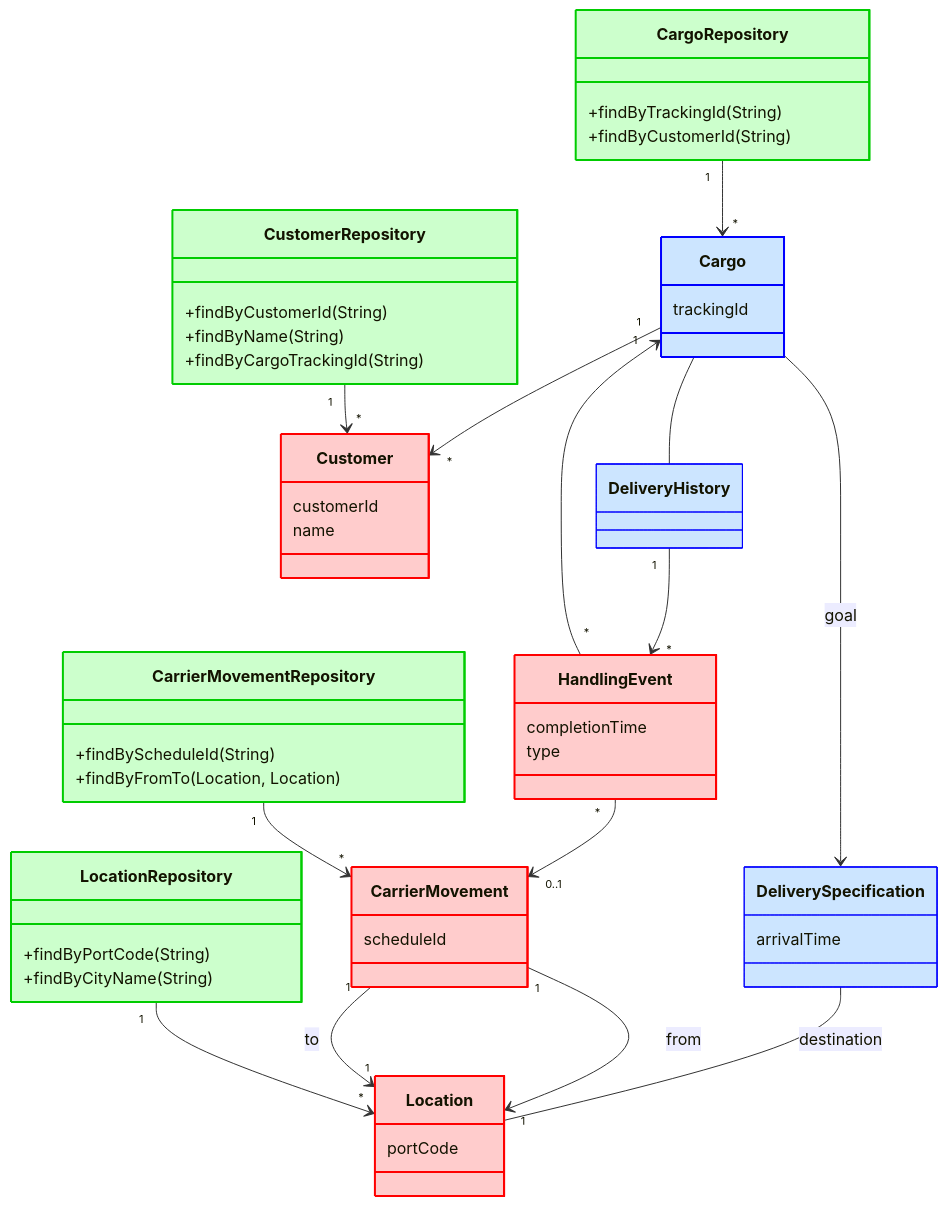
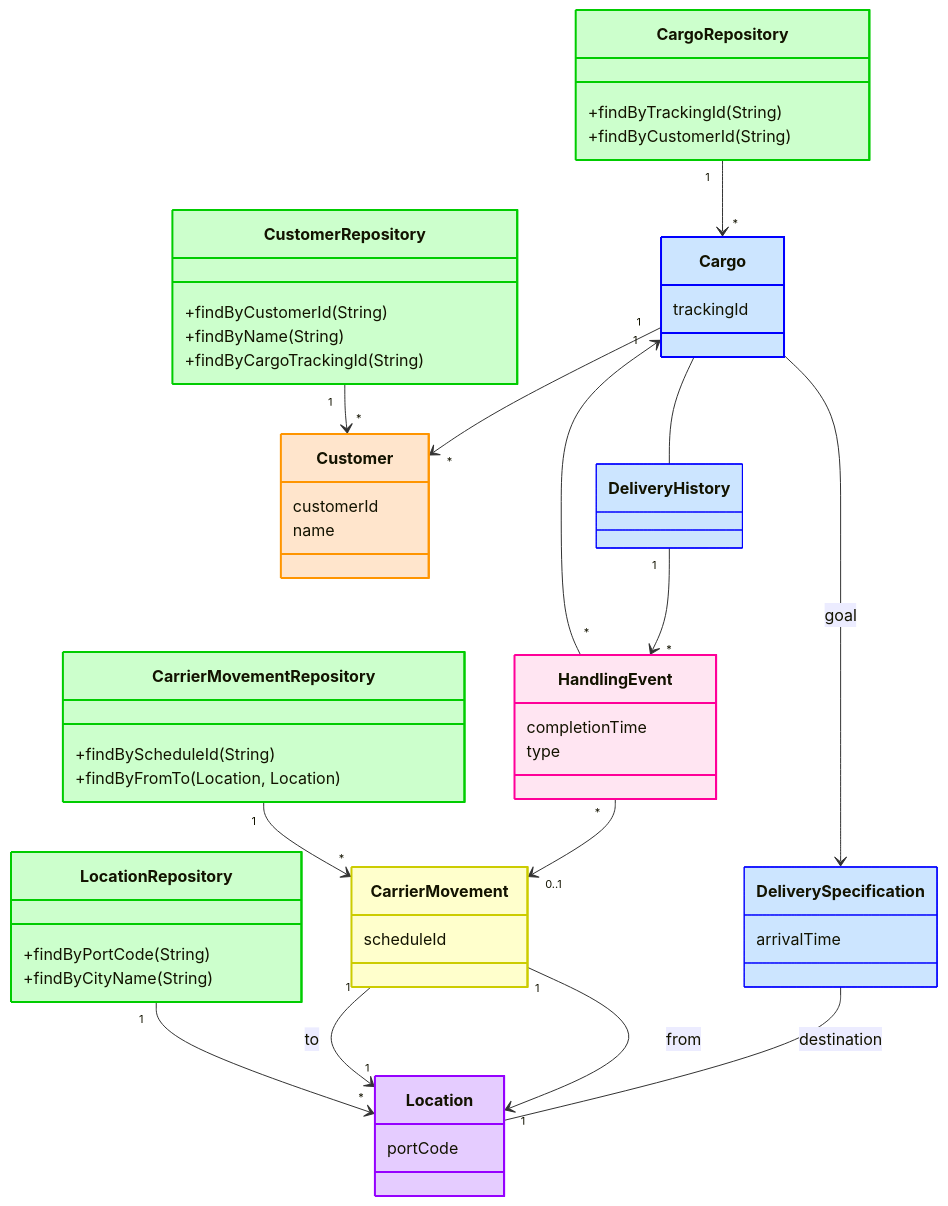
The diagram in docs/architecture/01-design.md (peterramaldes/cs), drawn with Mermaid before and after one commit.

Commit message:
docs: use unique color for each aggregate in diagram

```diff
--- a/docs/architecture/01-design.md
+++ b/docs/architecture/01-design.md
@@ -59,17 +59,17 @@
     style DeliveryHistory fill:#cce5ff,stroke:#0000ff,stroke-width:1px
     style DeliverySpecification fill:#cce5ff,stroke:#0000ff,stroke-width:1px
 
-    %% Customer Aggregate (red)
-    style Customer fill:#ffcccc,stroke:#ff0000,stroke-width:2px
+    %% Customer Aggregate (orange)
+    style Customer fill:#ffe5cc,stroke:#ff9500,stroke-width:2px
 
-    %% Location Aggregate (red)
-    style Location fill:#ffcccc,stroke:#ff0000,stroke-width:2px
+    %% Location Aggregate (purple)
+    style Location fill:#e5ccff,stroke:#9500ff,stroke-width:2px
 
-    %% Carrier Movement Aggregate (red)
-    style CarrierMovement fill:#ffcccc,stroke:#ff0000,stroke-width:2px
+    %% Carrier Movement Aggregate (yellow)
+    style CarrierMovement fill:#ffffcc,stroke:#cccc00,stroke-width:2px
 
-    %% Handling Event Aggregate (red)
-    style HandlingEvent fill:#ffcccc,stroke:#ff0000,stroke-width:2px
+    %% Handling Event Aggregate (pink)
+    style HandlingEvent fill:#ffe5f2,stroke:#ff0099,stroke-width:2px
 
     %% Repositories (green)
     style CustomerRepository fill:#ccffcc,stroke:#00cc00,stroke-width:2px
```
